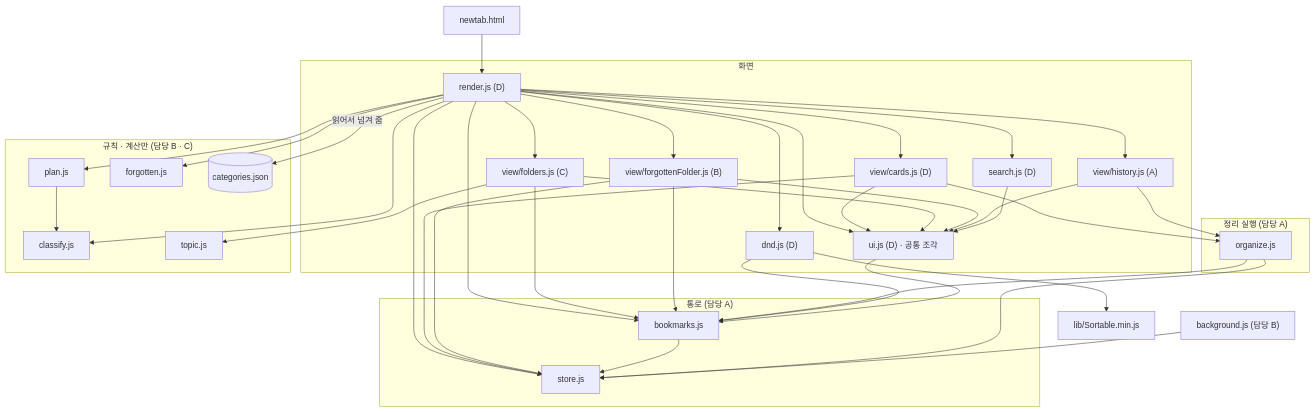
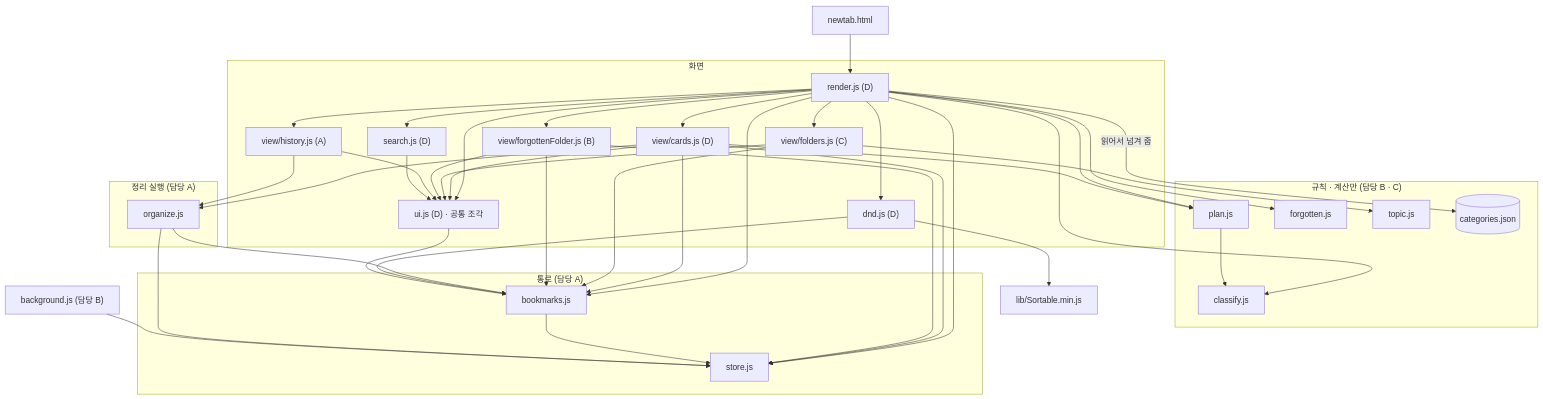
The second of 3 diagrams in docs/file-structure.md (aix-team-5/aix_BaroLink_bookmark), drawn with Mermaid before and after one commit. The commit also changed other lines of this file and 1 other file, not shown here.

````diff
--- a/docs/file-structure.md
+++ b/docs/file-structure.md
@@ -128,68 +128,70 @@
 ```mermaid
 graph TD
   HTML["newtab.html"] --> RENDER
 
   subgraph UI["화면"]
     RENDER["render.js (D)"]
     CARDS["view/cards.js (D)"]
     FOLDERS["view/folders.js (C)"]
     FVIEW["view/forgottenFolder.js (B)"]
     HVIEW["view/history.js (A)"]
     SEARCH["search.js (D)"]
     DND["dnd.js (D)"]
     UIJS["ui.js (D) · 공통 조각"]
   end
 
   subgraph RUN["정리 실행 (담당 A)"]
     ORG["organize.js"]
   end
 
   subgraph RULE["규칙 · 계산만 (담당 B · C)"]
     CLS["classify.js"]
     PLAN["plan.js"]
     FORGOT["forgotten.js"]
     TOPIC["topic.js"]
     CAT[("categories.json")]
   end
 
   subgraph PIPE["통로 (담당 A)"]
     BMJS["bookmarks.js"]
     STORE["store.js"]
   end
 
   SW["background.js (담당 B)"]
 
   RENDER --> CARDS
   RENDER --> FOLDERS
   RENDER --> FVIEW
   RENDER --> HVIEW
   RENDER --> SEARCH
   RENDER --> DND
   RENDER --> PLAN
   RENDER --> FORGOT
   RENDER --> CLS
   RENDER --> BMJS
   RENDER --> STORE
   RENDER -->|"읽어서 넘겨 줌"| CAT
   CARDS --> ORG
   CARDS --> STORE
+  CARDS --> PLAN
+  CARDS --> BMJS
   FOLDERS --> BMJS
   FOLDERS --> TOPIC
   FVIEW --> BMJS
   FVIEW --> STORE
   HVIEW --> ORG
   PLAN --> CLS
   BMJS --> STORE
   ORG --> BMJS
   ORG --> STORE
   DND --> BMJS
   DND --> SORT["lib/Sortable.min.js"]
   RENDER --> UIJS
   CARDS --> UIJS
   FOLDERS --> UIJS
   FVIEW --> UIJS
   HVIEW --> UIJS
   SEARCH --> UIJS
   UIJS --> BMJS
   SW --> STORE
 ```
````
